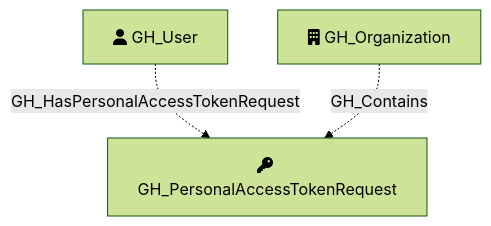
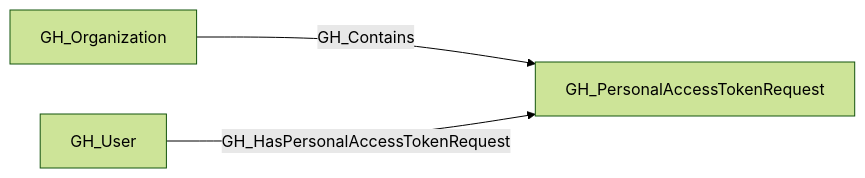
Before and after one commit to SpecterOps/bloodhound-docs: the second of 2 diagrams in docs/opengraph/extensions/github/nodes/gh_personalaccesstokenrequest.mdx, drawn with Mermaid (forest theme). The commit also changed other lines of this file and 292 other files, not shown here.

````diff
--- a/docs/opengraph/extensions/github/nodes/gh_personalaccesstokenrequest.mdx
+++ b/docs/opengraph/extensions/github/nodes/gh_personalaccesstokenrequest.mdx
@@ -52,10 +48,9 @@
 ```mermaid
-flowchart TD
-    GH_PersonalAccessTokenRequest[fa:fa-key GH_PersonalAccessTokenRequest]
-    GH_User[fa:fa-user GH_User]
-    GH_Organization[fa:fa-building GH_Organization]
+flowchart LR
 
-
-    GH_User -.->|GH_HasPersonalAccessTokenRequest| GH_PersonalAccessTokenRequest
-    GH_Organization -.->|GH_Contains| GH_PersonalAccessTokenRequest
+    GH_Organization["GH_Organization"]
+    GH_PersonalAccessTokenRequest["GH_PersonalAccessTokenRequest"]
+    GH_User["GH_User"]
+    GH_Organization -- GH_Contains --> GH_PersonalAccessTokenRequest
+    GH_User -- GH_HasPersonalAccessTokenRequest --> GH_PersonalAccessTokenRequest
 ```
````
